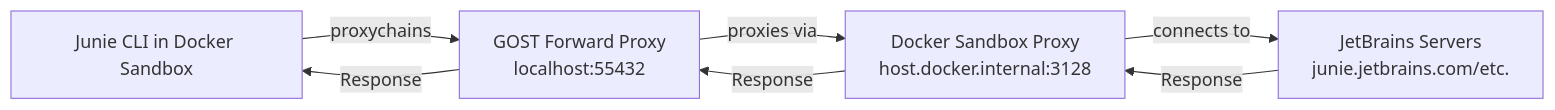
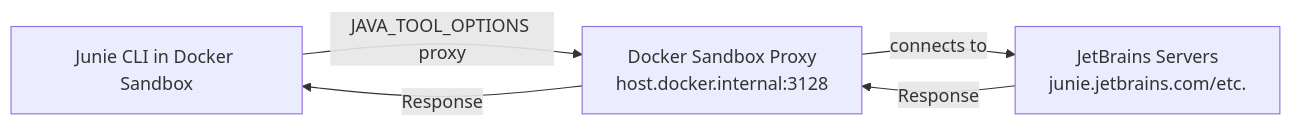
One commit to Warfront1/junie-cli-docker-sandbox changed the diagram in README.md. Above: the diagram before and after it, drawn with Mermaid. The commit also changed other lines of this file and 3 other files, not shown here.

Commit message:
Remove GOST proxy

````diff
--- a/README.md
+++ b/README.md
@@ -8,9 +8,7 @@
 ```mermaid
 flowchart LR
-    A[Junie CLI in Docker Sandbox] -->|proxychains| B[GOST Forward Proxy<br/>localhost:55432]
-    B -->|proxies via| C[Docker Sandbox Proxy<br/>host.docker.internal:3128]
-    C -->|connects to| D[JetBrains Servers<br/>junie.jetbrains.com/etc.]
-    D -->|Response| C
+    A[Junie CLI in Docker Sandbox] -->|JAVA_TOOL_OPTIONS proxy| B[Docker Sandbox Proxy<br/>host.docker.internal:3128]
+    B -->|connects to| C[JetBrains Servers<br/>junie.jetbrains.com/etc.]
     C -->|Response| B
     B -->|Response| A
 ```
````
